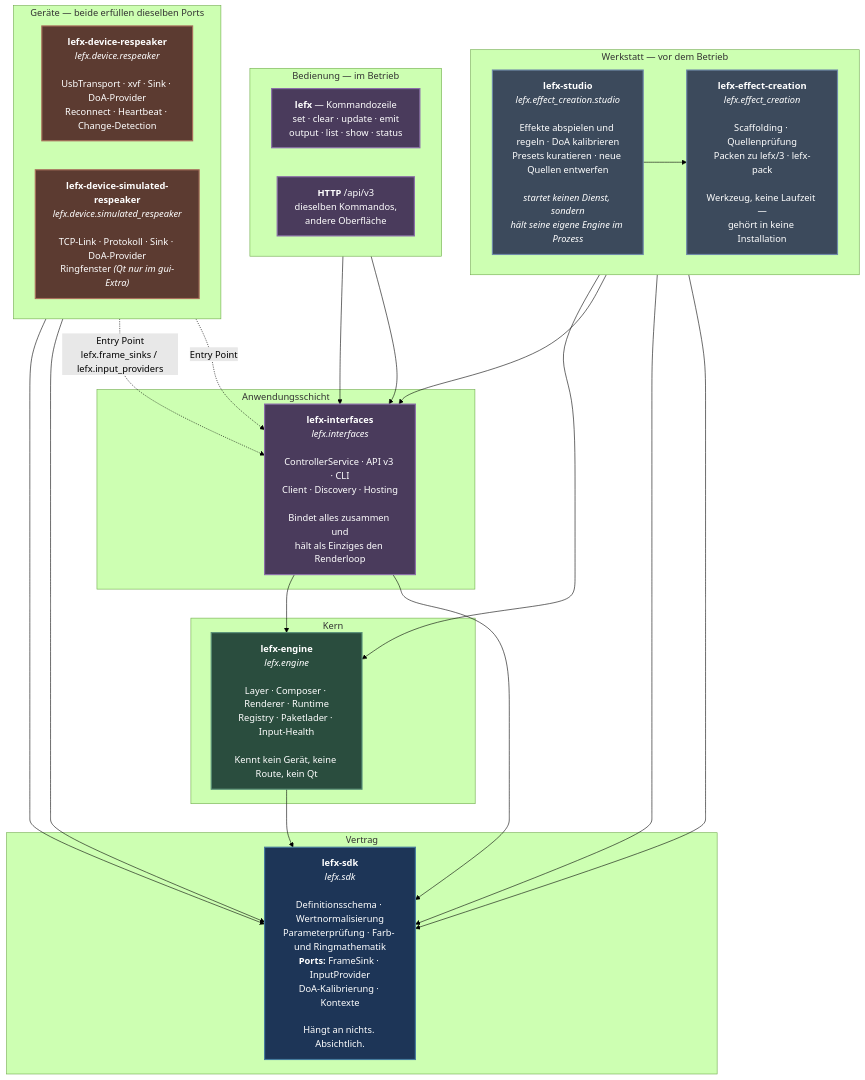
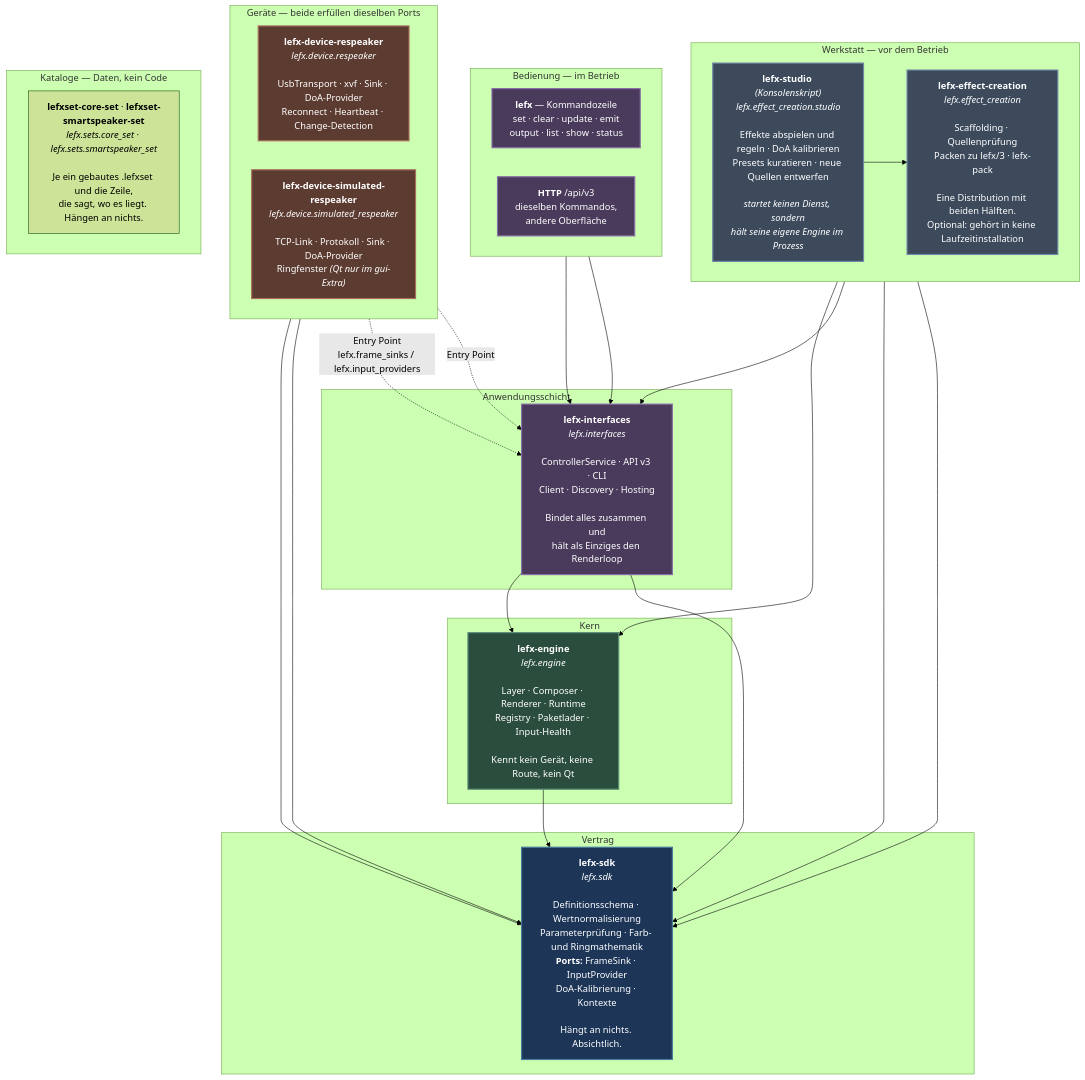
The first of 5 diagrams in docs/index.md (marcosudau-vps/led_controller_respeaker-v3), drawn with Mermaid (forest theme) before and after one commit. The commit also changed other lines of this file and 12 other files, not shown here.

````diff
--- a/docs/index.md
+++ b/docs/index.md
@@ -12,62 +12,66 @@
 ```mermaid
 flowchart TB
     classDef contract fill:#1d3557,stroke:#457b9d,color:#fff,stroke-width:2px
     classDef core fill:#2a4d3e,stroke:#5b9279,color:#fff,stroke-width:2px
     classDef app fill:#4a3b5c,stroke:#8a6fa8,color:#fff,stroke-width:2px
     classDef device fill:#5c3b31,stroke:#a86f5c,color:#fff,stroke-width:2px
     classDef tool fill:#3c4a5c,stroke:#6f8aa8,color:#fff,stroke-width:2px
 
     subgraph BEDIENUNG["Bedienung — im Betrieb"]
         direction LR
         CLI["<b>lefx</b> — Kommandozeile<br/>set · clear · update · emit<br/>output · list · show · status"]
         REST["<b>HTTP</b> /api/v3<br/>dieselben Kommandos,<br/>andere Oberfläche"]
     end
 
     subgraph ANWENDUNG["Anwendungsschicht"]
         IFACE["<b>lefx-interfaces</b><br/><i>lefx.interfaces</i><br/><br/>ControllerService · API v3 · CLI<br/>Client · Discovery · Hosting<br/><br/>Bindet alles zusammen und<br/>hält als Einziges den Renderloop"]
     end
 
     subgraph WERKZEUG["Werkstatt — vor dem Betrieb"]
         direction LR
-        GUI["<b>lefx-studio</b><br/><i>lefx.effect_creation.studio</i><br/><br/>Effekte abspielen und regeln · DoA kalibrieren<br/>Presets kuratieren · neue Quellen entwerfen<br/><br/><i>startet keinen Dienst, sondern<br/>hält seine eigene Engine im Prozess</i>"]
-        AUTH["<b>lefx-effect-creation</b><br/><i>lefx.effect_creation</i><br/><br/>Scaffolding · Quellenprüfung<br/>Packen zu lefx/3 · lefx-pack<br/><br/>Werkzeug, keine Laufzeit —<br/>gehört in keine Installation"]
+        GUI["<b>lefx-studio</b> <i>(Konsolenskript)</i><br/><i>lefx.effect_creation.studio</i><br/><br/>Effekte abspielen und regeln · DoA kalibrieren<br/>Presets kuratieren · neue Quellen entwerfen<br/><br/><i>startet keinen Dienst, sondern<br/>hält seine eigene Engine im Prozess</i>"]
+        AUTH["<b>lefx-effect-creation</b><br/><i>lefx.effect_creation</i><br/><br/>Scaffolding · Quellenprüfung<br/>Packen zu lefx/3 · lefx-pack<br/><br/>Eine Distribution mit beiden Hälften.<br/>Optional: gehört in keine Laufzeitinstallation"]
     end
 
     subgraph KERN["Kern"]
         ENGINE["<b>lefx-engine</b><br/><i>lefx.engine</i><br/><br/>Layer · Composer · Renderer · Runtime<br/>Registry · Paketlader · Input-Health<br/><br/>Kennt kein Gerät, keine Route, kein Qt"]
     end
 
     subgraph VERTRAG["Vertrag"]
         SDK["<b>lefx-sdk</b><br/><i>lefx.sdk</i><br/><br/>Definitionsschema · Wertnormalisierung<br/>Parameterprüfung · Farb- und Ringmathematik<br/><b>Ports:</b> FrameSink · InputProvider<br/>DoA-Kalibrierung · Kontexte<br/><br/>Hängt an nichts. Absichtlich."]
     end
 
     subgraph GERAETE["Geräte — beide erfüllen dieselben Ports"]
         direction LR
         DEV["<b>lefx-device-respeaker</b><br/><i>lefx.device.respeaker</i><br/><br/>UsbTransport · xvf · Sink · DoA-Provider<br/>Reconnect · Heartbeat · Change-Detection"]
         SIM["<b>lefx-device-simulated-respeaker</b><br/><i>lefx.device.simulated_respeaker</i><br/><br/>TCP-Link · Protokoll · Sink · DoA-Provider<br/>Ringfenster <i>(Qt nur im gui-Extra)</i>"]
+    end
+
+    subgraph KATALOG["Kataloge — Daten, kein Code"]
+        SETS["<b>lefxset-core-set</b> · <b>lefxset-smartspeaker-set</b><br/><i>lefx.sets.core_set</i> · <i>lefx.sets.smartspeaker_set</i><br/><br/>Je ein gebautes .lefxset und die Zeile,<br/>die sagt, wo es liegt. Hängen an nichts."]
     end
 
     CLI --> IFACE
     REST --> IFACE
 
     IFACE --> ENGINE
     AUTH --> ENGINE
     GUI --> AUTH
     GUI --> IFACE
     ENGINE --> SDK
     IFACE --> SDK
     AUTH --> SDK
     GUI --> SDK
 
     DEV --> SDK
     SIM --> SDK
 
     DEV -.->|"Entry Point<br/>lefx.frame_sinks / lefx.input_providers"| IFACE
     SIM -.->|"Entry Point"| IFACE
 
     class SDK contract
     class ENGINE core
     class IFACE,CLI,REST app
     class GUI,AUTH tool
     class DEV,SIM device
 ```
````
